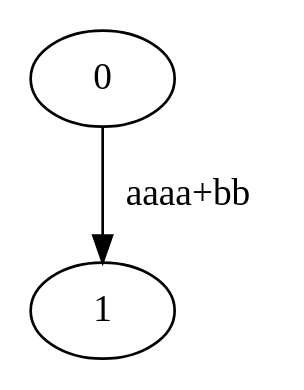
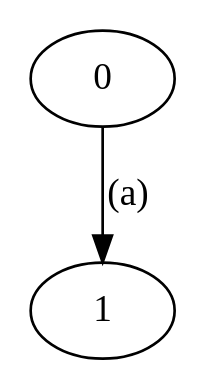
One commit to igorbragaia/CTC-34 changed the diagram in projeto_1/test-output/graph.gv. Above: the diagram before and after it, drawn with Graphviz. The commit also changed 5 other files, not shown here.

```diff
--- a/projeto_1/test-output/graph.gv
+++ b/projeto_1/test-output/graph.gv
@@ -1,5 +1,5 @@
 digraph {
 	0
 	1
-	0 -> 1 [label="aaaa+bb"]
+	0 -> 1 [label="(a)"]
 }
```
